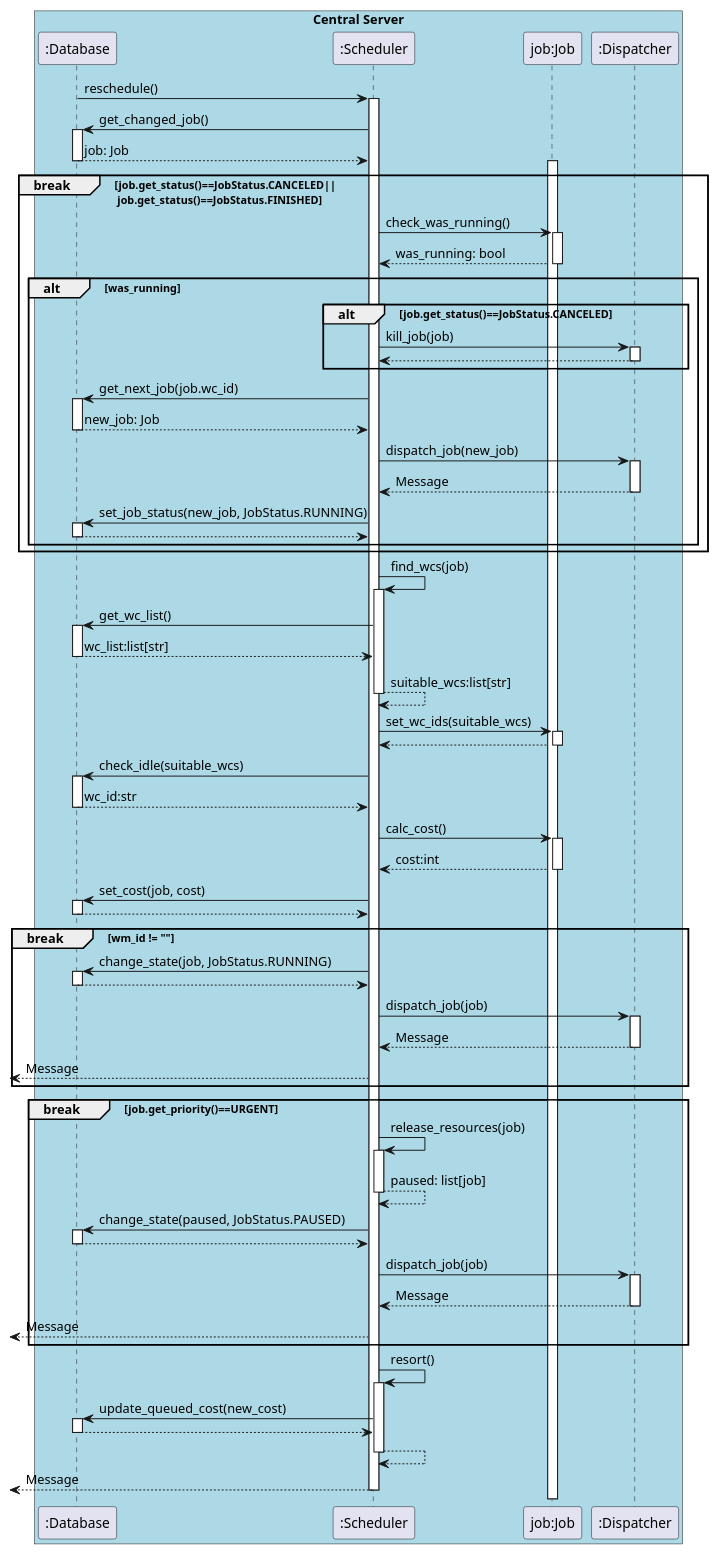
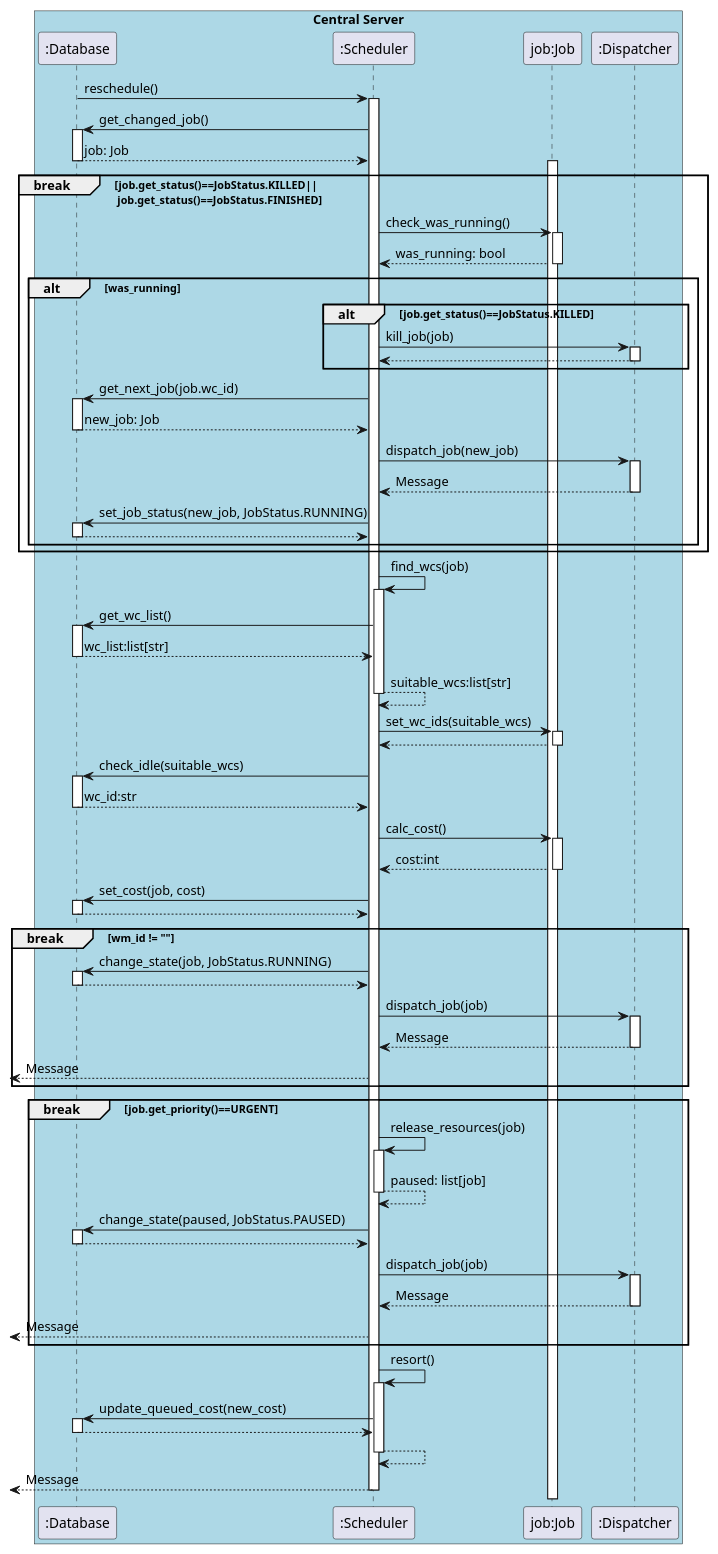
One commit to DistributedTaskScheduling/documentation changed the diagram in design/sequence/scheduler-low.puml. Above: the diagram before and after it, drawn with PlantUML.

Commit message:
Update scheduler-low.puml
changed CANCELED to KILLED

```diff
--- a/design/sequence/scheduler-low.puml
+++ b/design/sequence/scheduler-low.puml
@@ -1,86 +1,86 @@
 @startuml
 
 box "Central Server" #Lightblue
     participant ":Database"
     participant ":Scheduler"
     participant "job:Job"
     participant ":Dispatcher"
 end box
 
 
 ":Database" -> ":Scheduler" ++: reschedule()
 ":Scheduler" -> ":Database" ++: get_changed_job()
 ":Database" --> ":Scheduler" --: job: Job
 activate "job:Job"
 
 
-break job.get_status()==JobStatus.CANCELED||\n job.get_status()==JobStatus.FINISHED
+break job.get_status()==JobStatus.KILLED||\n job.get_status()==JobStatus.FINISHED
     ":Scheduler" -> "job:Job" ++:check_was_running()
     "job:Job" --> ":Scheduler" --: was_running: bool
 
     alt was_running
-        alt job.get_status()==JobStatus.CANCELED
+        alt job.get_status()==JobStatus.KILLED
             ":Scheduler" -> ":Dispatcher" ++: kill_job(job)
             ":Dispatcher" --> ":Scheduler" --
         end
         ":Scheduler" -> ":Database" ++: get_next_job(job.wc_id)
         ":Database" --> ":Scheduler" --: new_job: Job
         ":Scheduler" -> ":Dispatcher" ++ : dispatch_job(new_job)
         ":Dispatcher" --> ":Scheduler" --:Message
         ":Scheduler" -> ":Database"++: set_job_status(new_job, JobStatus.RUNNING)
         ":Database" --> ":Scheduler" --
     end
 end
 
 ":Scheduler" -> ":Scheduler" ++: find_wcs(job)
 ":Scheduler" -> ":Database" ++: get_wc_list()
 ":Database" --> ":Scheduler" --: wc_list:list[str]
 ":Scheduler" --> ":Scheduler" --: suitable_wcs:list[str]
 
 ":Scheduler" -> "job:Job" ++: set_wc_ids(suitable_wcs)
 "job:Job" --> ":Scheduler" --:
 
 
 ":Scheduler" -> ":Database" ++: check_idle(suitable_wcs)
 ":Database" --> ":Scheduler" --: wc_id:str
 
 ":Scheduler" -> "job:Job" ++: calc_cost()
 "job:Job" --> ":Scheduler" --: cost:int
 ":Scheduler" -> ":Database" ++ : set_cost(job, cost)
 ":Database" --> ":Scheduler" -- 
 break wm_id != ""
 
     ":Scheduler" -> ":Database" ++: change_state(job, JobStatus.RUNNING)
     ":Database" --> ":Scheduler" --:
 
     ":Scheduler" -> ":Dispatcher" ++: dispatch_job(job)
     ":Dispatcher" --> ":Scheduler" -- : Message
     <-- ":Scheduler" : Message
 end
 
 
 break  job.get_priority()==URGENT
     ":Scheduler" -> ":Scheduler" ++: release_resources(job)
     ":Scheduler" --> ":Scheduler" -- : paused: list[job]
     ":Scheduler" -> ":Database" ++: change_state(paused, JobStatus.PAUSED)
     ":Database" --> ":Scheduler" --:
 
     ":Scheduler" -> ":Dispatcher" ++: dispatch_job(job)
 
     ":Scheduler" <-- ":Dispatcher" --: Message
     <-- ":Scheduler" : Message
 
 end
 
 ":Scheduler" -> ":Scheduler" ++: resort()
 ":Scheduler" -> ":Database" ++: update_queued_cost(new_cost)
 ":Database" --> ":Scheduler" --: 
 
 ":Scheduler" --> ":Scheduler" --:
 
 
 
      <-- ":Scheduler" : Message
 deactivate ":Scheduler"
 
 @enduml
```
